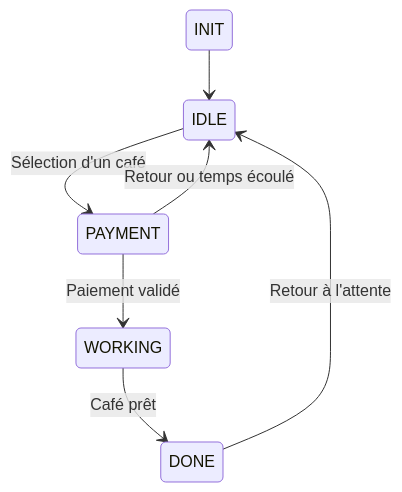
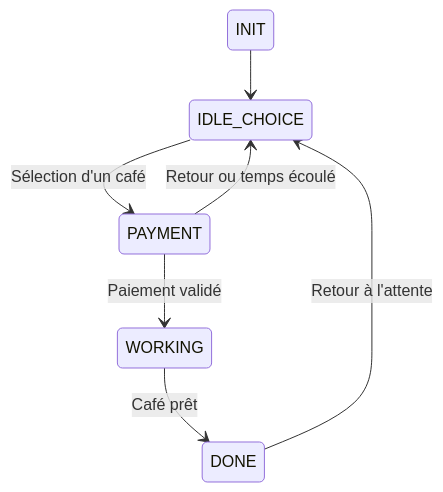
One commit to cassoule/tykawa changed the diagram in README.md. Above: the diagram before and after it, drawn with Mermaid. The commit also changed other lines of this file and 114 other files, not shown here.

````diff
--- a/README.md
+++ b/README.md
@@ -88,10 +93,10 @@
 ```mermaid
 stateDiagram-v2
 
-INIT --> IDLE
-IDLE --> PAYMENT : Sélection d'un café
-PAYMENT --> IDLE : Retour ou temps écoulé
+INIT --> IDLE_CHOICE
+IDLE_CHOICE --> PAYMENT : Sélection d'un café
+PAYMENT --> IDLE_CHOICE : Retour ou temps écoulé
 PAYMENT --> WORKING : Paiement validé
 WORKING --> DONE : Café prêt
-DONE --> IDLE : Retour à l'attente
+DONE --> IDLE_CHOICE : Retour à l'attente
 ```
````
